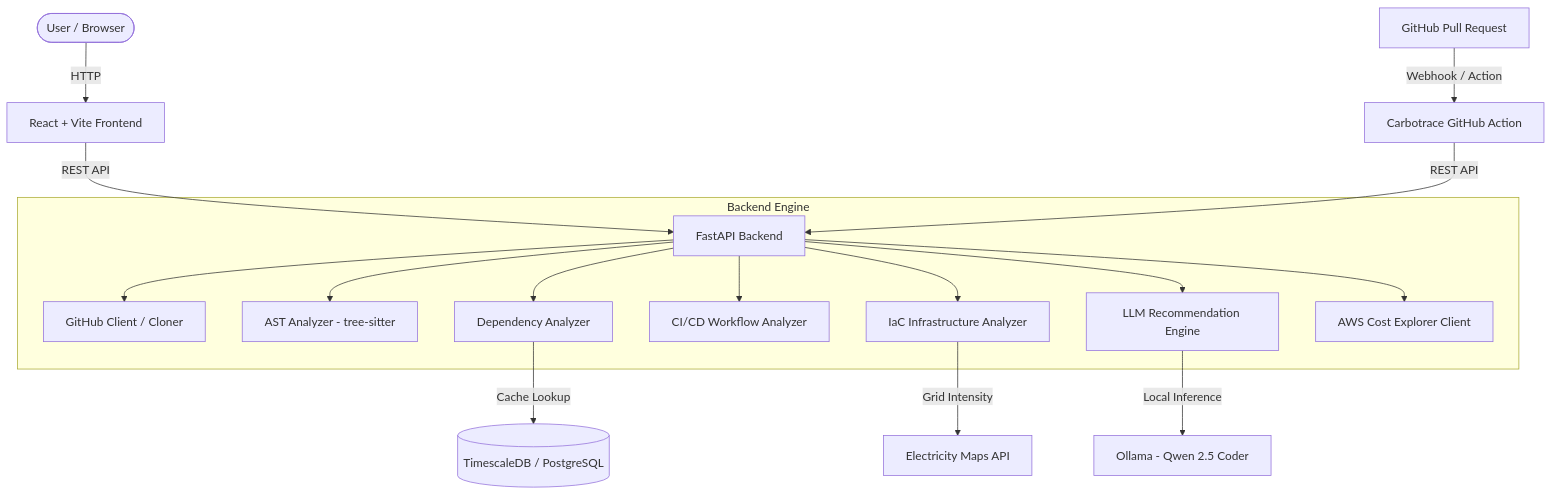
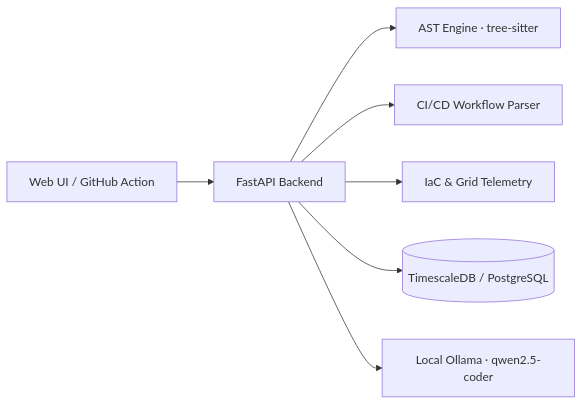
The diagram in README.md (DChitale/Carbotrace), drawn with Mermaid before and after one commit. The commit also changed other lines of this file and 1 other file, not shown here.

````diff
--- a/README.md
+++ b/README.md
@@ -104,22 +28,9 @@
 ```mermaid
-graph TD
-    User([User / Browser]) -->|HTTP| Frontend[React + Vite Frontend]
-    GitHubPR[GitHub Pull Request] -->|Webhook / Action| Action[Carbotrace GitHub Action]
-    
-    Frontend -->|REST API| Backend[FastAPI Backend]
-    Action -->|REST API| Backend
-    
-    subgraph Backend Engine
-        Backend --> GithubClient[GitHub Client / Cloner]
-        Backend --> ASTAnalyzer[AST Analyzer - tree-sitter]
-        Backend --> DepAnalyzer[Dependency Analyzer]
-        Backend --> CIAnalyzer[CI/CD Workflow Analyzer]
-        Backend --> IaCAnalyzer[IaC Infrastructure Analyzer]
-        Backend --> LLMService[LLM Recommendation Engine]
-        Backend --> CostExplorer[AWS Cost Explorer Client]
-    end
-    
-    DepAnalyzer -->|Cache Lookup| DB[(TimescaleDB / PostgreSQL)]
-    LLMService -->|Local Inference| Ollama[Ollama - Qwen 2.5 Coder]
-    IaCAnalyzer -->|Grid Intensity| ElecMaps[Electricity Maps API]
+flowchart LR
+    Client[Web UI / GitHub Action] --> API[FastAPI Backend]
+    API --> AST[AST Engine · tree-sitter]
+    API --> CI[CI/CD Workflow Parser]
+    API --> Infra[IaC & Grid Telemetry]
+    API --> DB[(TimescaleDB / PostgreSQL)]
+    API --> Ollama[Local Ollama · qwen2.5-coder]
 ```
````
